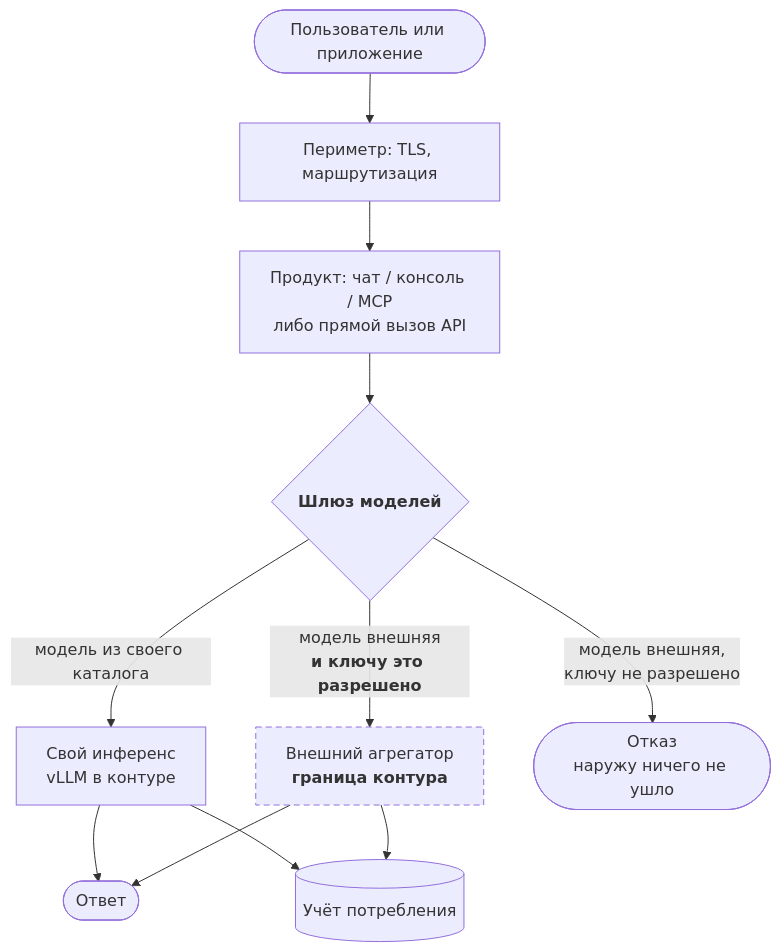
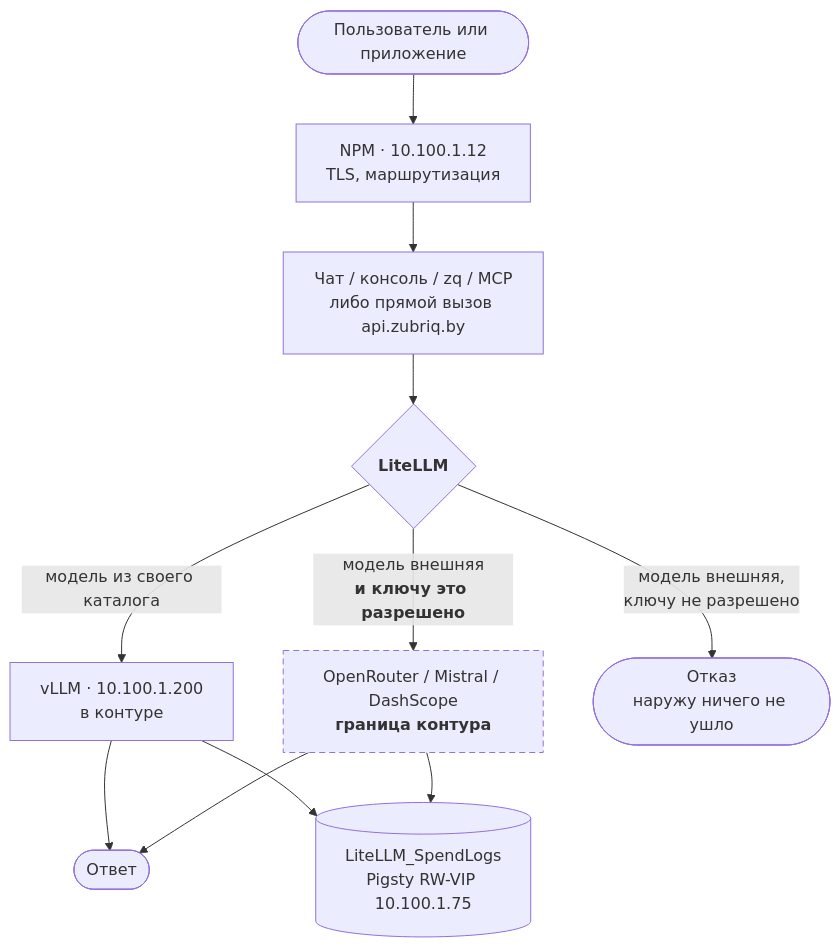
The first of 3 diagrams in zubriq-platform/docs/diagrams/data-flow.md (ZubikIT/ai-architect), drawn with Mermaid before and after one commit. The commit also changed other lines of this file and 8 other files, not shown here.

````diff
--- a/zubriq-platform/docs/diagrams/data-flow.md
+++ b/zubriq-platform/docs/diagrams/data-flow.md
@@ -7,20 +7,20 @@
 ```mermaid
 flowchart TB
   u(["Пользователь или приложение"])
-  npm["Периметр: TLS, маршрутизация"]
-  app["Продукт: чат / консоль / MCP<br/>либо прямой вызов API"]
-  gw{"<b>Шлюз моделей</b>"}
-  own["Свой инференс<br/>vLLM в контуре"]
-  ext["Внешний агрегатор<br/><b>граница контура</b>"]
-  spend[("Учёт потребления")]
+  npm["NPM · 10.100.1.12<br/>TLS, маршрутизация"]
+  app["Чат / консоль / zq / MCP<br/>либо прямой вызов api.zubriq.by"]
+  gw{"<b>LiteLLM</b>"}
+  own["vLLM · 10.100.1.200<br/>в контуре"]
+  ext["OpenRouter / Mistral / DashScope<br/><b>граница контура</b>"]
+  spend[("LiteLLM_SpendLogs<br/>Pigsty RW-VIP 10.100.1.75")]
   resp(["Ответ"])
 
   u --> npm --> app --> gw
   gw -->|"модель из своего каталога"| own --> resp
   gw -->|"модель внешняя<br/><b>и ключу это разрешено</b>"| ext --> resp
   gw -->|"модель внешняя,<br/>ключу не разрешено"| deny(["Отказ<br/>наружу ничего не ушло"])
   own & ext --> spend
 
   classDef boundary stroke-dasharray: 6 4
   class ext boundary
 ```
````
